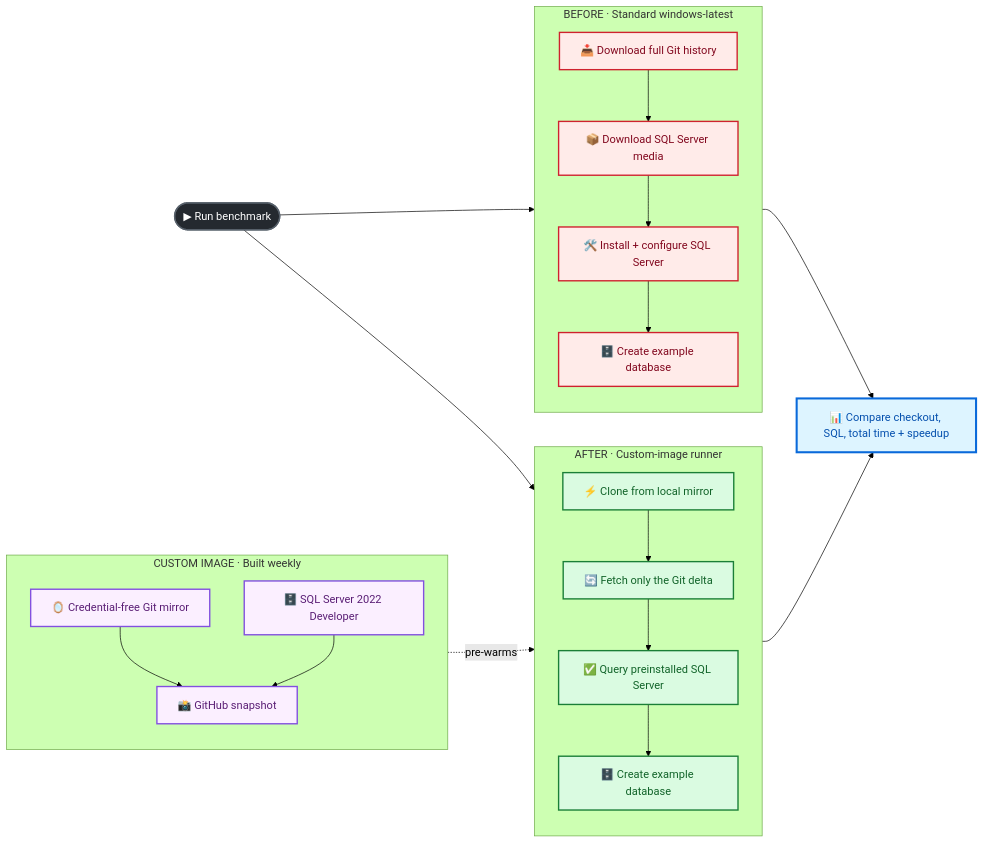
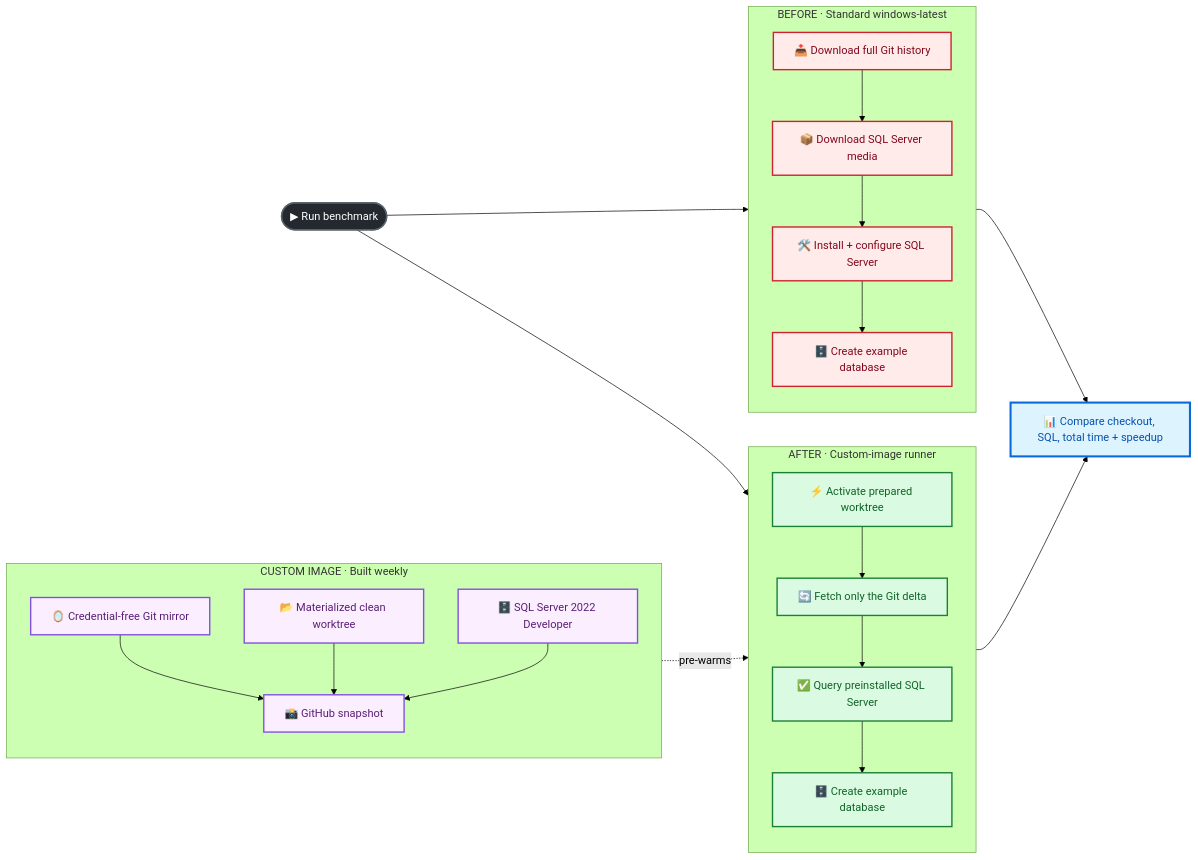
One commit to tsvi-solutions/custom_images_examples changed the first of 4 diagrams in README.md. Above: the diagram before and after it, drawn with Mermaid (forest theme). The commit also changed other lines of this file and 5 other files, not shown here.

Commit message:
Enhance workflows with prepared worktree validation and activation

````diff
--- a/README.md
+++ b/README.md
@@ -47,51 +47,53 @@
 ```mermaid
 flowchart LR
     Trigger([▶ Run benchmark])
 
     subgraph Before["BEFORE · Standard windows-latest"]
         direction TB
         B1["📥 Download full Git history"]
         B2["📦 Download SQL Server media"]
         B3["🛠️ Install + configure SQL Server"]
         B4["🗄️ Create example database"]
         B1 --> B2 --> B3 --> B4
     end
 
     subgraph Image["CUSTOM IMAGE · Built weekly"]
         direction TB
         I1["🪞 Credential-free Git mirror"]
-        I2["🗄️ SQL Server 2022 Developer"]
-        I3["📸 GitHub snapshot"]
-        I1 --> I3
-        I2 --> I3
+        I2["📂 Materialized clean worktree"]
+        I3["🗄️ SQL Server 2022 Developer"]
+        I4["📸 GitHub snapshot"]
+        I1 --> I4
+        I2 --> I4
+        I3 --> I4
     end
 
     subgraph After["AFTER · Custom-image runner"]
         direction TB
-        A1["⚡ Clone from local mirror"]
+        A1["⚡ Activate prepared worktree"]
         A2["🔄 Fetch only the Git delta"]
         A3["✅ Query preinstalled SQL Server"]
         A4["🗄️ Create example database"]
         A1 --> A2 --> A3 --> A4
     end
 
     Result["📊 Compare checkout, SQL, total time + speedup"]
 
     Trigger --> Before
     Trigger --> After
     Image -. "pre-warms" .-> After
     Before --> Result
     After --> Result
 
     classDef trigger fill:#24292f,color:#ffffff,stroke:#57606a,stroke-width:2px;
     classDef slow fill:#ffebe9,color:#82071e,stroke:#cf222e,stroke-width:2px;
     classDef image fill:#fbefff,color:#5a1e75,stroke:#8250df,stroke-width:2px;
     classDef fast fill:#dafbe1,color:#116329,stroke:#1a7f37,stroke-width:2px;
     classDef result fill:#ddf4ff,color:#0550ae,stroke:#0969da,stroke-width:3px;
 
     class Trigger trigger;
     class B1,B2,B3,B4 slow;
-    class I1,I2,I3 image;
+    class I1,I2,I3,I4 image;
     class A1,A2,A3,A4 fast;
     class Result result;
 ```
````
